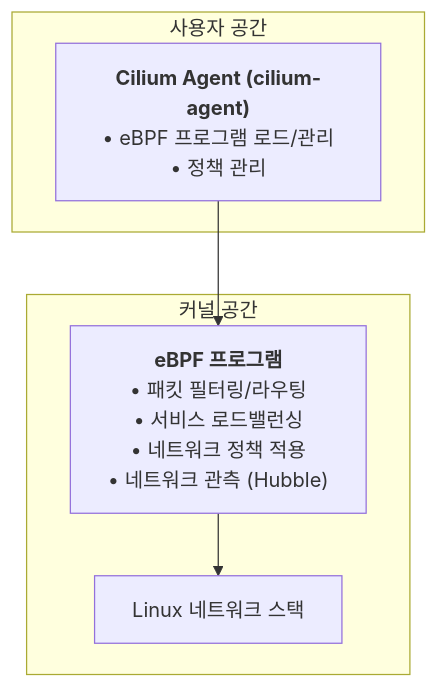
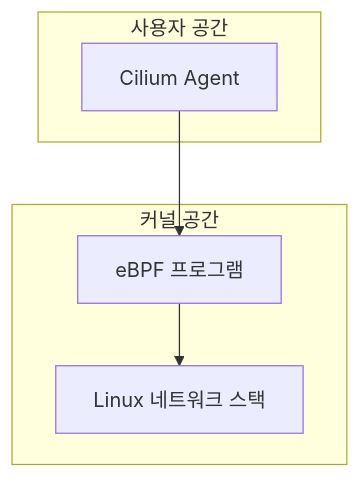
The first of 9 diagrams in day1/ch06-cilium-bgp/README.md (garlicKim21/kubernetes-onprem-training), drawn with Mermaid before and after one commit. The commit also changed other lines of this file and 6 other files, not shown here.

````diff
--- a/day1/ch06-cilium-bgp/README.md
+++ b/day1/ch06-cilium-bgp/README.md
@@ -25,12 +25,12 @@
 ```mermaid
 graph TD
     subgraph userspace["사용자 공간"]
-        agent["<b>Cilium Agent (cilium-agent)</b><br/>• eBPF 프로그램 로드/관리<br/>• 정책 관리"]
+        agent["Cilium Agent"]
     end
     subgraph kernelspace["커널 공간"]
-        ebpf["<b>eBPF 프로그램</b><br/>• 패킷 필터링/라우팅<br/>• 서비스 로드밸런싱<br/>• 네트워크 정책 적용<br/>• 네트워크 관측 (Hubble)"]
+        ebpf["eBPF 프로그램"]
         netstack["Linux 네트워크 스택"]
     end
     agent --> ebpf
     ebpf --> netstack
 ```
````
